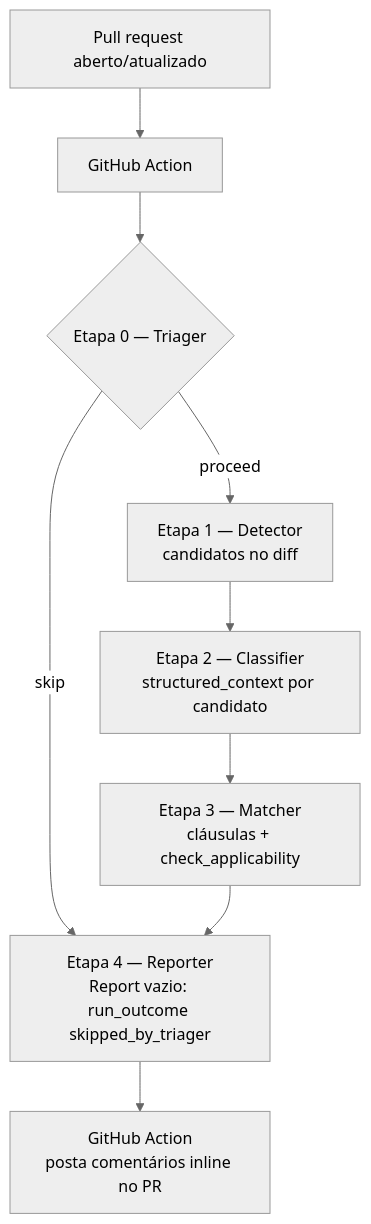
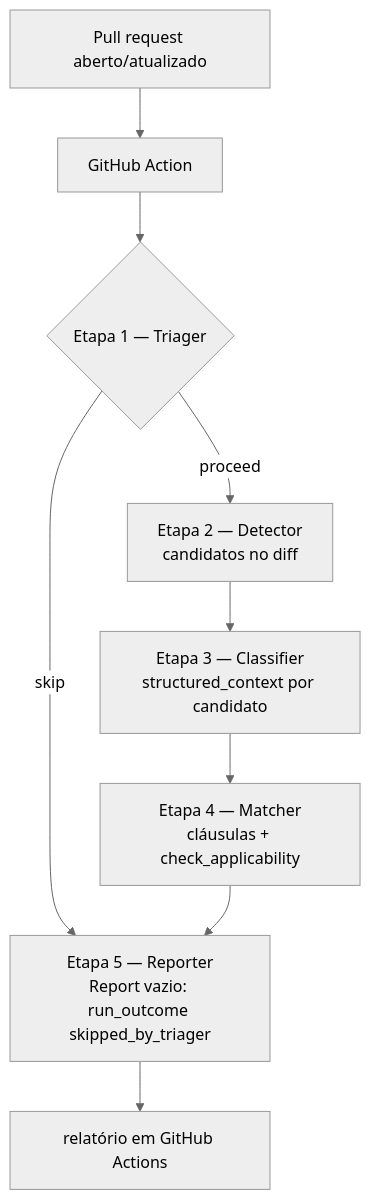
The second of 2 diagrams in docs/process/relatorio-tcc2.md (paivapereira/lgpd-policy-review), drawn with Mermaid (neutral theme) before and after one commit. The commit also changed other lines of this file and 2 other files, not shown here.

First line of the commit message:
Docs/report rev objf inline stages (#114)

````diff
--- a/docs/process/relatorio-tcc2.md
+++ b/docs/process/relatorio-tcc2.md
@@ -235,11 +235,11 @@
 ```mermaid
 flowchart TB
     PR[Pull request aberto/atualizado] --> GA[GitHub Action]
-    GA --> T{Etapa 0 — Triager}
-    T -->|proceed| D[Etapa 1 — Detector<br/>candidatos no diff]
-    T -->|skip| R[Etapa 4 — Reporter<br/>Report vazio: run_outcome skipped_by_triager]
-    D --> C[Etapa 2 — Classifier<br/>structured_context por candidato]
-    C --> M[Etapa 3 — Matcher<br/>cláusulas + check_applicability]
+    GA --> T{Etapa 1 — Triager}
+    T -->|proceed| D[Etapa 2 — Detector<br/>candidatos no diff]
+    T -->|skip| R[Etapa 5 — Reporter<br/>Report vazio: run_outcome skipped_by_triager]
+    D --> C[Etapa 3 — Classifier<br/>structured_context por candidato]
+    C --> M[Etapa 4 — Matcher<br/>cláusulas + check_applicability]
     M --> R
-    R --> GA2[GitHub Action<br/>posta comentários inline no PR]
+    R --> GA2[relatório em GitHub Actions]
 ```
````
